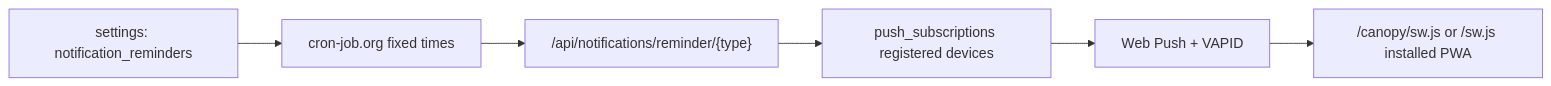
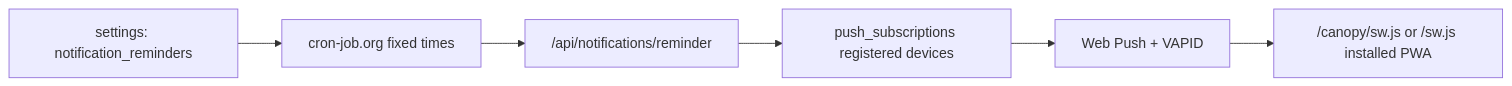
Before and after one commit to sameeradsv/canopy: the diagram in docs/notifications.md, drawn with Mermaid. The commit also changed other lines of this file and 4 other files, not shown here.

````diff
--- a/docs/notifications.md
+++ b/docs/notifications.md
@@ -7,8 +7,8 @@
 ```mermaid
 flowchart LR
   Settings["settings: notification_reminders"] --> Cron["cron-job.org fixed times"]
-  Cron --> Endpoint["/api/notifications/reminder/{type}"]
+  Cron --> Endpoint["/api/notifications/reminder"]
   Endpoint --> Subscriptions["push_subscriptions registered devices"]
   Subscriptions --> Push["Web Push + VAPID"]
   Push --> Worker["/canopy/sw.js or /sw.js installed PWA"]
 ```
````
